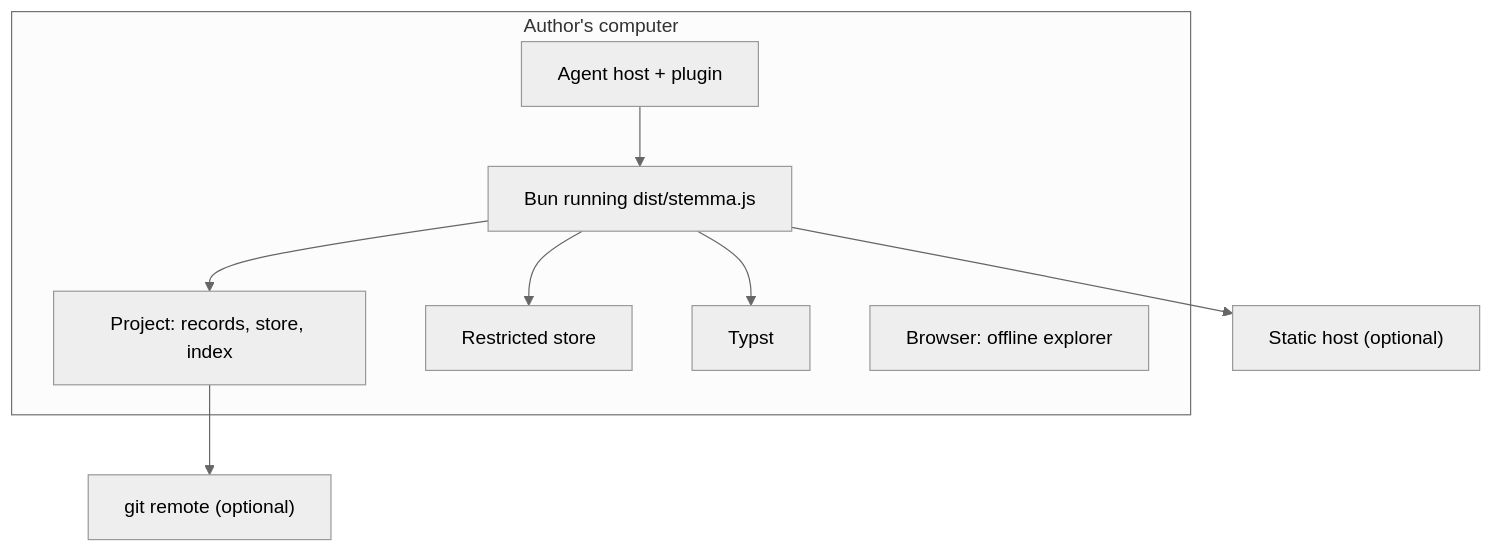
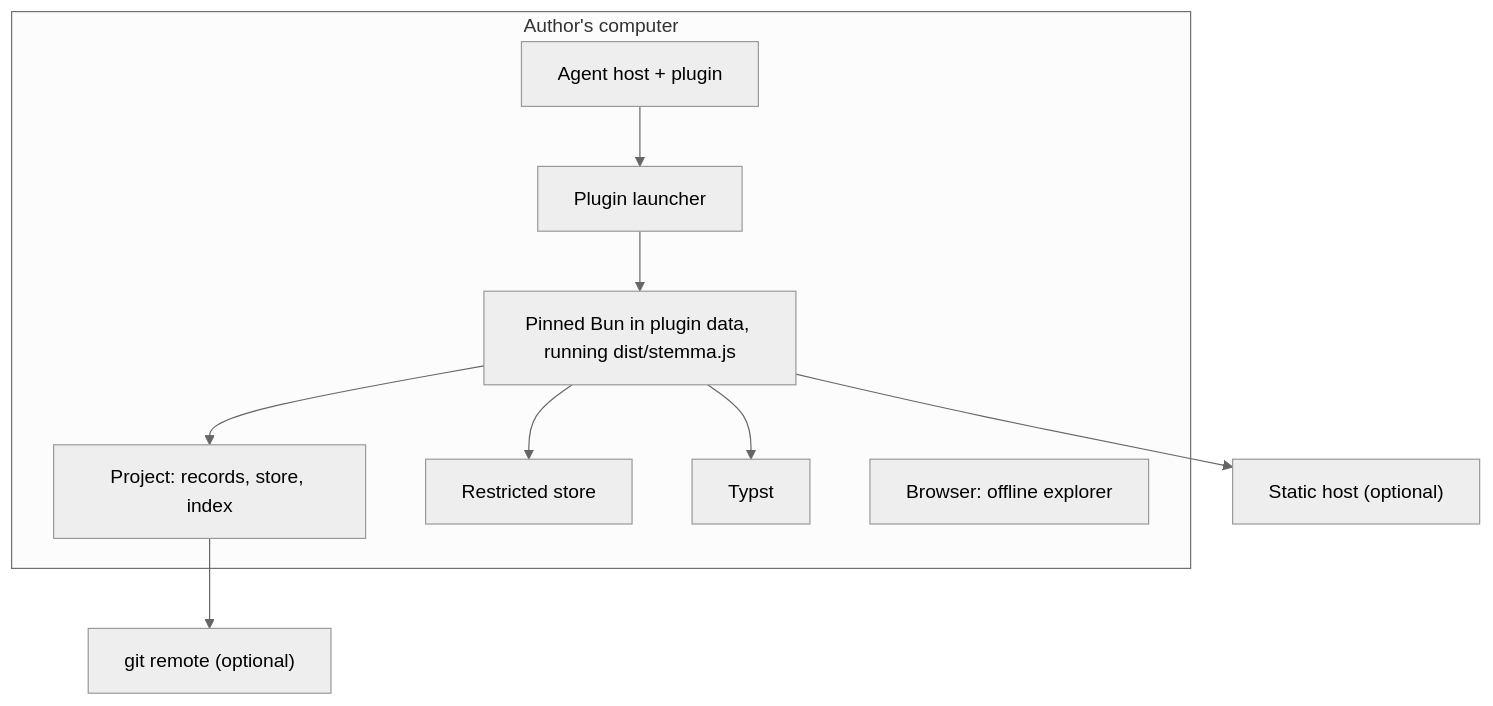
One commit to DocumentDrivenDX/stemma changed the fourth of 5 diagrams in docs/stemma/02-design/architecture.md. Above: the diagram before and after it, drawn with Mermaid (neutral theme). The commit also changed other lines of this file and 53 other files, not shown here.

First line of the commit message:
Make Stemma plugin-first: the plugin sets itself up and installs from a marketplace

````diff
--- a/docs/stemma/02-design/architecture.md
+++ b/docs/stemma/02-design/architecture.md
@@ -201,12 +201,13 @@
 ```mermaid
 graph TB
     subgraph Machine["Author's computer"]
-      Host["Agent host + plugin"] --> Bun["Bun running dist/stemma.js"]
+      Host["Agent host + plugin"] --> Launcher["Plugin launcher"]
+      Launcher --> Bun["Pinned Bun in plugin data, running dist/stemma.js"]
       Bun --> Project["Project: records, store, index"]
       Bun --> Outside["Restricted store"]
       Bun --> TypstBin["Typst"]
       Page["Browser: offline explorer"]
     end
     Project --> Remote["git remote (optional)"]
     Bun --> Static["Static host (optional)"]
 ```
````
